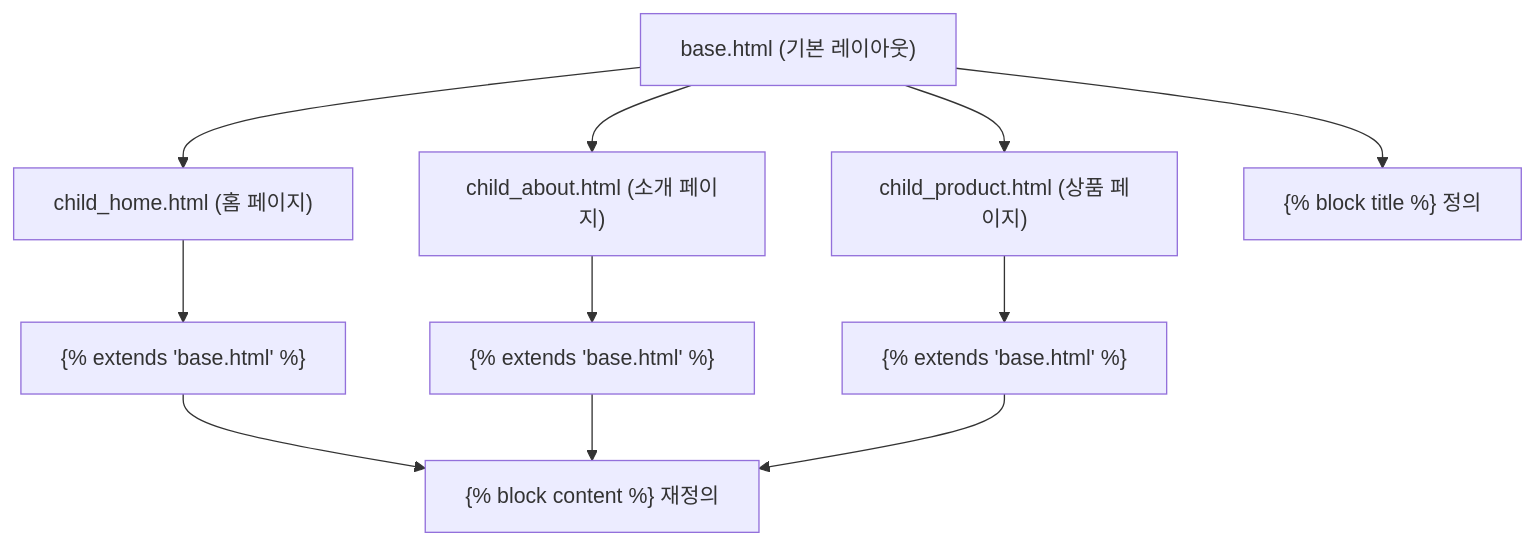
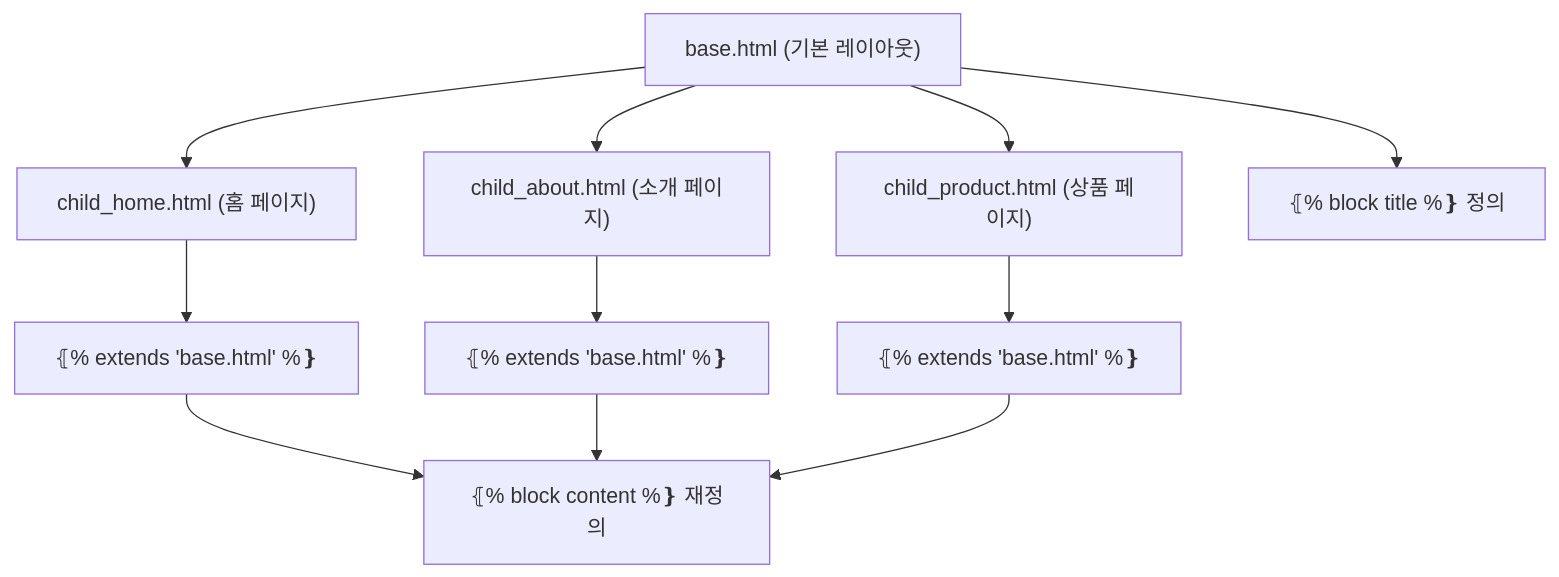
The diagram in 스터디/FastAPI/7FastAP_Jinja2_api.md (c0z0c/sprint_mission), drawn with Mermaid before and after one commit. The commit also changed other lines of this file and 6 other files, not shown here.

````diff
--- a/스터디/FastAPI/7FastAP_Jinja2_api.md
+++ b/스터디/FastAPI/7FastAP_Jinja2_api.md
@@ -355,11 +355,11 @@
 ```mermaid
 graph TD
     A["base.html (기본 레이아웃)"] --> B["child_home.html (홈 페이지)"]
     A --> C["child_about.html (소개 페이지)"]
     A --> D["child_product.html (상품 페이지)"]
-    B --> B1["{% extends 'base.html' %}"]
-    C --> C1["{% extends 'base.html' %}"]
-    D --> D1["{% extends 'base.html' %}"]
-    B1 & C1 & D1 --> E["{% block content %} 재정의"]
-    A --> F["{% block title %} 정의"]
+    B --> B1["⦃% extends 'base.html' %❵"]
+    C --> C1["⦃% extends 'base.html' %❵"]
+    D --> D1["⦃% extends 'base.html' %❵"]
+    B1 & C1 & D1 --> E["⦃% block content %❵ 재정의"]
+    A --> F["⦃% block title %❵ 정의"]
 ```
````
